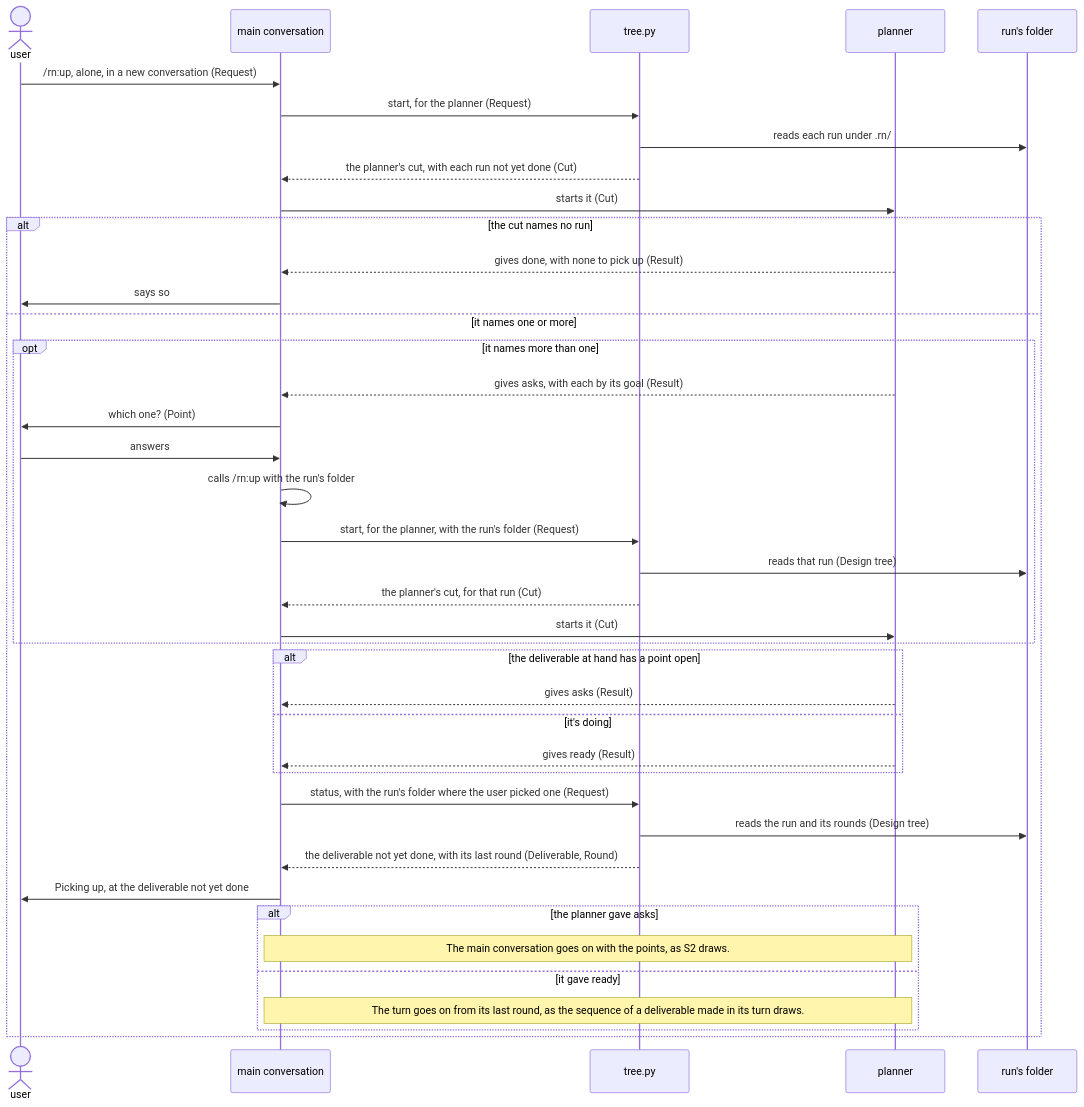
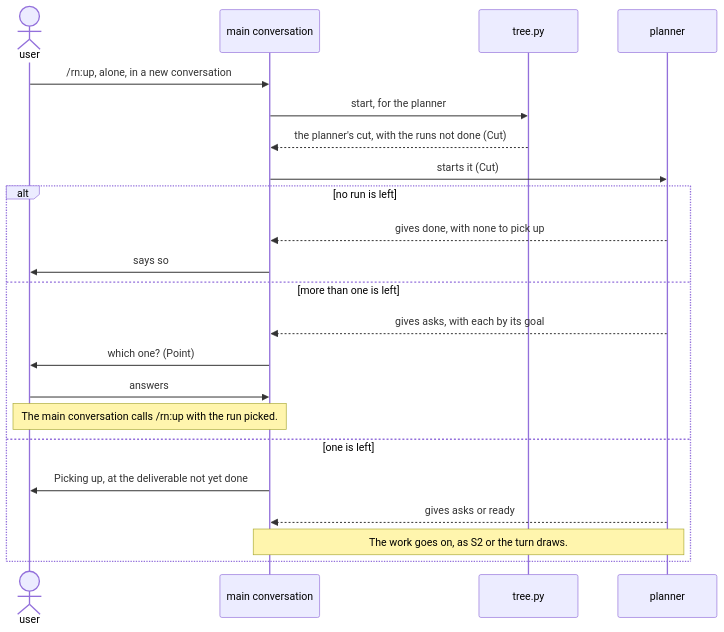
The fifth of 6 diagrams in dev/rn/architecture.md (lovaizu/ccpm), drawn with Mermaid before and after one commit. The commit also changed other lines of this file and 40 other files, not shown here.

````diff
--- a/dev/rn/architecture.md
+++ b/dev/rn/architecture.md
@@ -716,42 +381,24 @@
 ```mermaid
 sequenceDiagram
   actor U as user
   participant M as main conversation
   participant T as tree.py
   participant P as planner
-  participant R as run's folder
-  U->>M: /rn:up, alone, in a new conversation (Request)
-  M->>T: start, for the planner (Request)
-  T->>R: reads each run under .rn/
-  T-->>M: the planner's cut, with each run not yet done (Cut)
+  U->>M: /rn:up, alone, in a new conversation
+  M->>T: start, for the planner
+  T-->>M: the planner's cut, with the runs not done (Cut)
   M->>P: starts it (Cut)
-  alt the cut names no run
-    P-->>M: gives done, with none to pick up (Result)
+  alt no run is left
+    P-->>M: gives done, with none to pick up
     M->>U: says so
-  else it names one or more
-    opt it names more than one
-      P-->>M: gives asks, with each by its goal (Result)
-      M->>U: which one? (Point)
-      U->>M: answers
-      M->>M: calls /rn:up with the run's folder
-      M->>T: start, for the planner, with the run's folder (Request)
-      T->>R: reads that run (Design tree)
-      T-->>M: the planner's cut, for that run (Cut)
-      M->>P: starts it (Cut)
-    end
-    alt the deliverable at hand has a point open
-      P-->>M: gives asks (Result)
-    else it's doing
-      P-->>M: gives ready (Result)
-    end
-    M->>T: status, with the run's folder where the user picked one (Request)
-    T->>R: reads the run and its rounds (Design tree)
-    T-->>M: the deliverable not yet done, with its last round (Deliverable, Round)
+  else more than one is left
+    P-->>M: gives asks, with each by its goal
+    M->>U: which one? (Point)
+    U->>M: answers
+    Note over U,M: The main conversation calls /rn:up with the run picked.
+  else one is left
     M->>U: Picking up, at the deliverable not yet done
-    alt the planner gave asks
-      Note over M,P: The main conversation goes on with the points, as S2 draws.
-    else it gave ready
-      Note over M,P: The turn goes on from its last round, as the sequence of a deliverable made in its turn draws.
-    end
+    P-->>M: gives asks or ready
+    Note over M,P: The work goes on, as S2 or the turn draws.
   end
 ```
````
